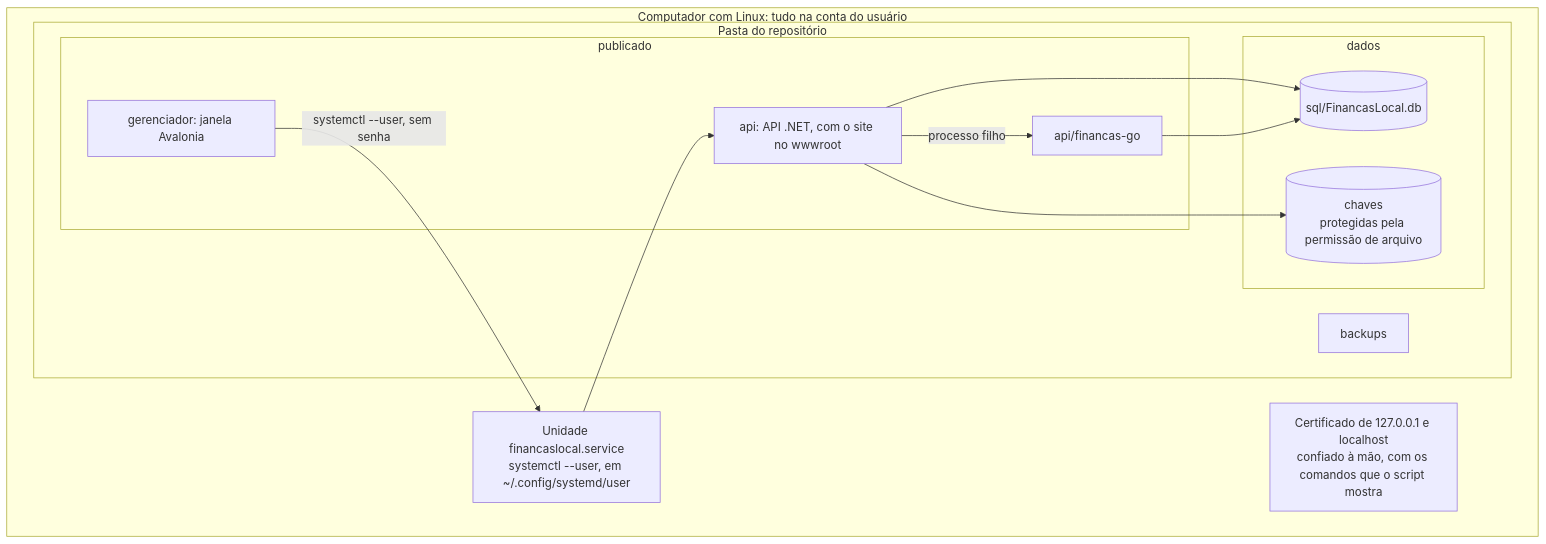
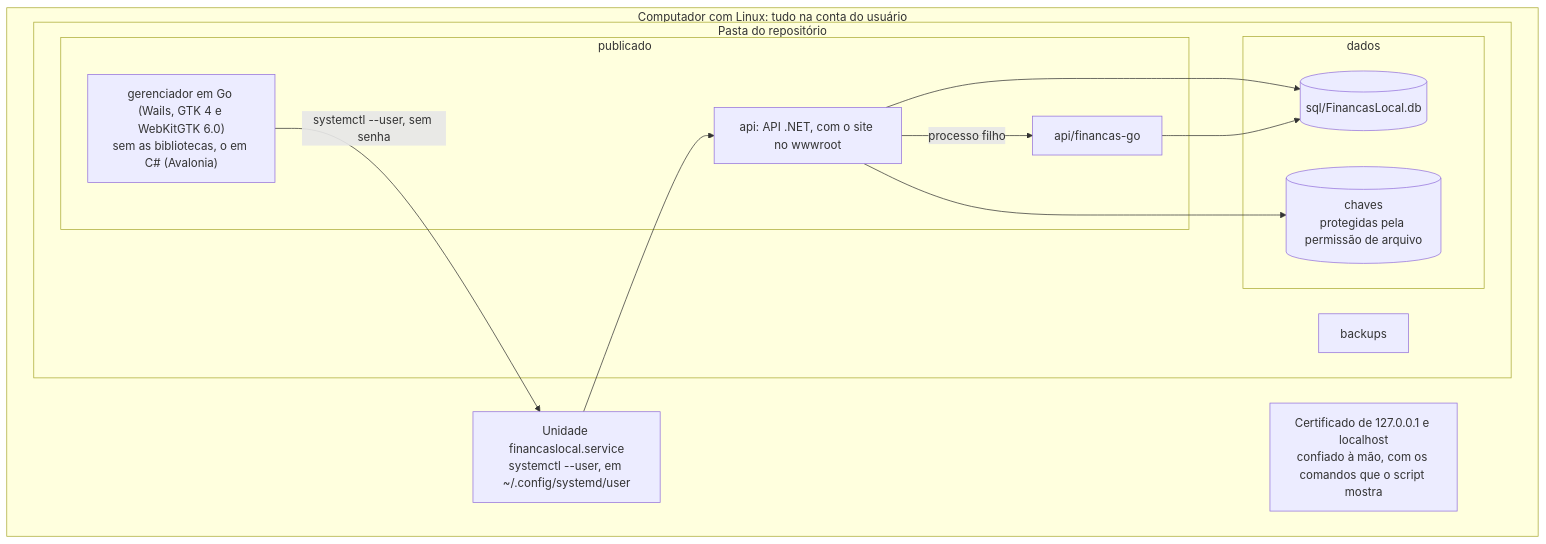
One commit to LucasDesenvGit/financas-local changed the fifth of 6 diagrams in docs/ARQUITETURA.md. Above: the diagram before and after it, drawn with Mermaid. The commit also changed other lines of this file and 11 other files, not shown here.

````diff
--- a/docs/ARQUITETURA.md
+++ b/docs/ARQUITETURA.md
@@ -180,27 +180,27 @@
 ```mermaid
 flowchart TB
     subgraph linux["Computador com Linux: tudo na conta do usuário"]
         servico["Unidade financaslocal.service<br/>systemctl --user, em ~/.config/systemd/user"]
         confianca["Certificado de 127.0.0.1 e localhost<br/>confiado à mão, com os comandos que o script mostra"]
 
         subgraph codigo["Pasta do repositório"]
             subgraph publicado["publicado"]
                 api["api: API .NET, com o site no wwwroot"]
                 go["api/financas-go"]
-                gerenciador["gerenciador: janela Avalonia"]
+                gerenciador["gerenciador em Go (Wails, GTK 4 e WebKitGTK 6.0)<br/>sem as bibliotecas, o em C# (Avalonia)"]
             end
             subgraph dados["dados"]
                 banco[("sql/FinancasLocal.db")]
                 chaves[("chaves<br/>protegidas pela permissão de arquivo")]
             end
             backups["backups"]
         end
     end
 
     servico --> api
     api -- "processo filho" --> go
     api --> banco
     go --> banco
     api --> chaves
     gerenciador -- "systemctl --user, sem senha" --> servico
 ```
````
